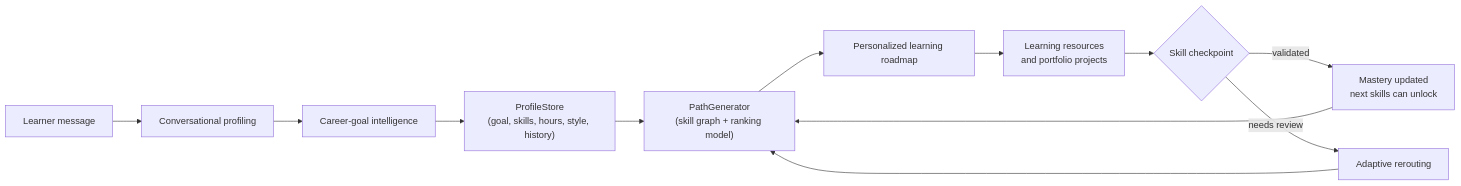
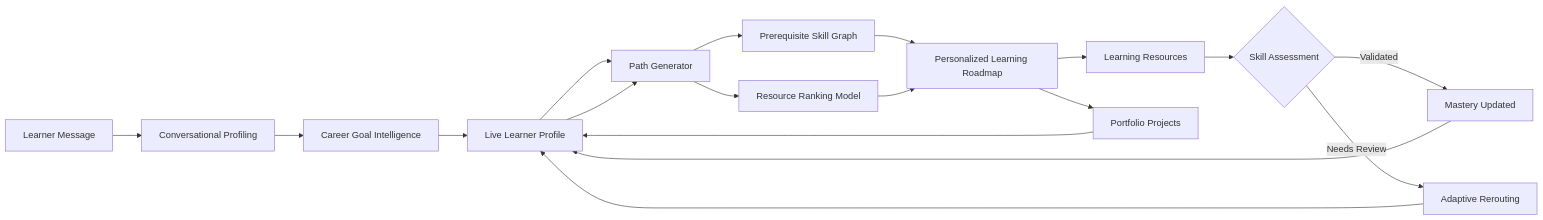
Before and after one commit to Dark-minds26/PathFinder: the diagram in README.md, drawn with Mermaid. The commit also changed other lines of this file, not shown here.

````diff
--- a/README.md
+++ b/README.md
@@ -247,18 +309,28 @@
 ```mermaid
 flowchart LR
-    U["Learner message"] --> CP["Conversational profiling"]
-    CP --> CG["Career-goal intelligence"]
-    CG --> PS["ProfileStore<br/>(goal, skills, hours, style, history)"]
+    U["Learner Message"] --> CP["Conversational Profiling"]
+    CP --> CG["Career Goal Intelligence"]
 
-    PS --> PG["PathGenerator<br/>(skill graph + ranking model)"]
-    PG --> R["Personalized learning roadmap"]
+    CG --> PS["Live Learner Profile"]
 
-    R --> LR["Learning resources<br/>and portfolio projects"]
-    LR --> CP2{"Skill checkpoint"}
+    PS --> PG["Path Generator"]
+    PG --> SG["Prerequisite Skill Graph"]
+    PG --> RM["Resource Ranking Model"]
 
-    CP2 -- "validated" --> UNL["Mastery updated<br/>next skills can unlock"]
-    CP2 -- "needs review" --> AR["Adaptive rerouting"]
+    SG --> R["Personalized Learning Roadmap"]
+    RM --> R
 
-    UNL --> PG
-    AR --> PG
+    R --> LR["Learning Resources"]
+    R --> PR["Portfolio Projects"]
+
+    LR --> AS{"Skill Assessment"}
+
+    AS -- Validated --> V["Mastery Updated"]
+    AS -- Needs Review --> AR["Adaptive Rerouting"]
+
+    PR --> PS
+    V --> PS
+    AR --> PS
+
+    PS --> PG
 ```
````
